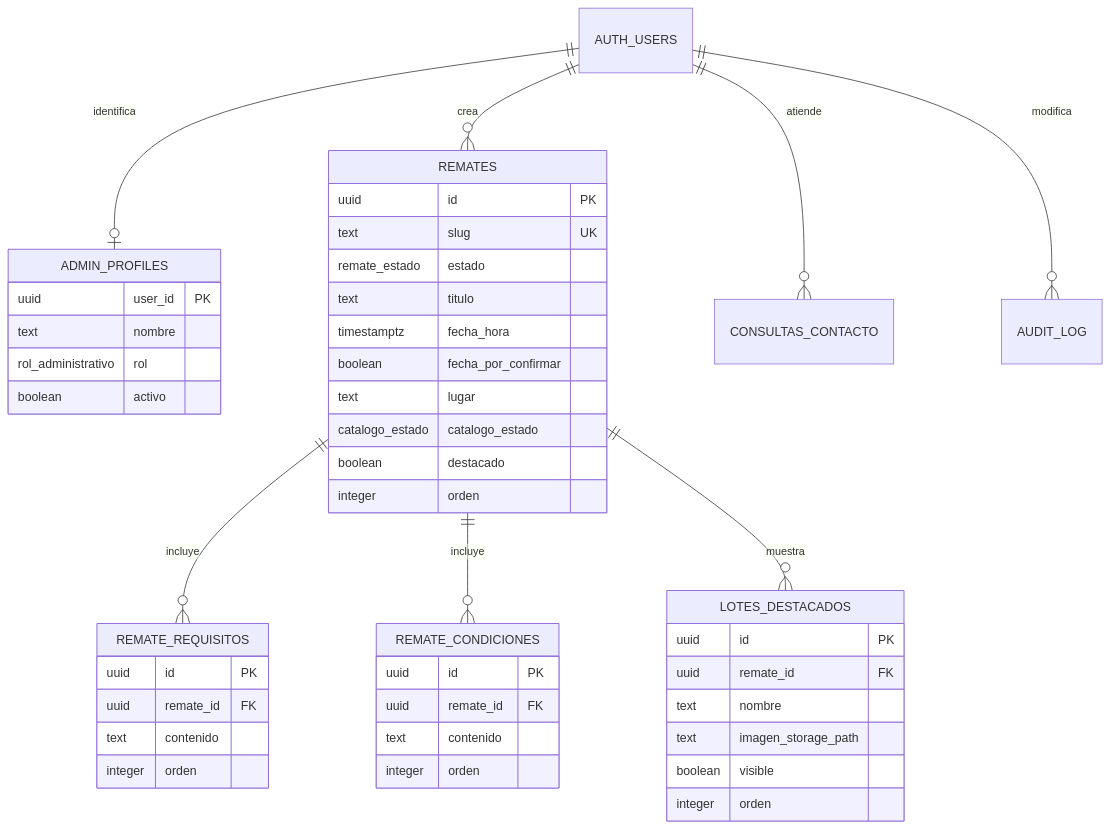
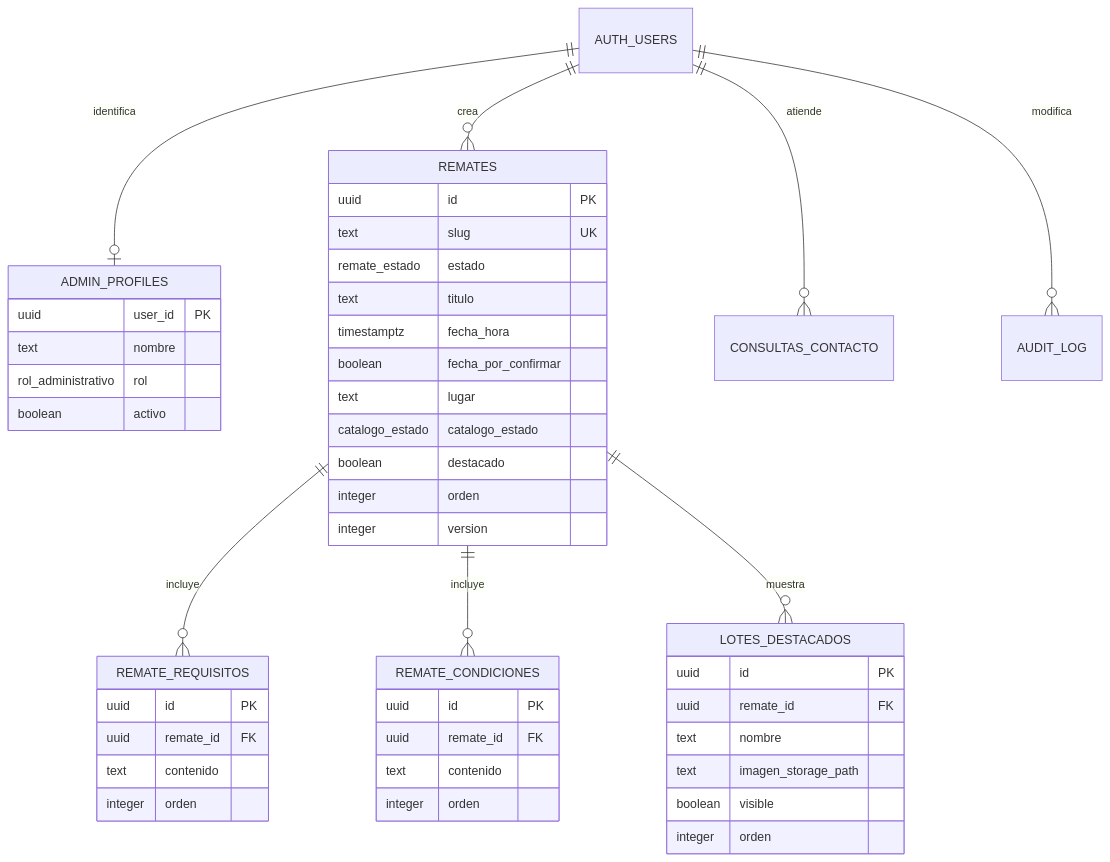
Before and after one commit to PabloCaffaro/zunino_remates_web: the diagram in supabase/SCHEMA.md, drawn with Mermaid. The commit also changed other lines of this file and 26 other files, not shown here.

````diff
--- a/supabase/SCHEMA.md
+++ b/supabase/SCHEMA.md
@@ -6,53 +6,54 @@
 ```mermaid
 erDiagram
   AUTH_USERS ||--o| ADMIN_PROFILES : identifica
   AUTH_USERS ||--o{ REMATES : crea
   REMATES ||--o{ REMATE_REQUISITOS : incluye
   REMATES ||--o{ REMATE_CONDICIONES : incluye
   REMATES ||--o{ LOTES_DESTACADOS : muestra
   AUTH_USERS ||--o{ CONSULTAS_CONTACTO : atiende
   AUTH_USERS ||--o{ AUDIT_LOG : modifica
 
   ADMIN_PROFILES {
     uuid user_id PK
     text nombre
     rol_administrativo rol
     boolean activo
   }
 
   REMATES {
     uuid id PK
     text slug UK
     remate_estado estado
     text titulo
     timestamptz fecha_hora
     boolean fecha_por_confirmar
     text lugar
     catalogo_estado catalogo_estado
     boolean destacado
     integer orden
+    integer version
   }
 
   REMATE_REQUISITOS {
     uuid id PK
     uuid remate_id FK
     text contenido
     integer orden
   }
 
   REMATE_CONDICIONES {
     uuid id PK
     uuid remate_id FK
     text contenido
     integer orden
   }
 
   LOTES_DESTACADOS {
     uuid id PK
     uuid remate_id FK
     text nombre
     text imagen_storage_path
     boolean visible
     integer orden
   }
 ```
````
